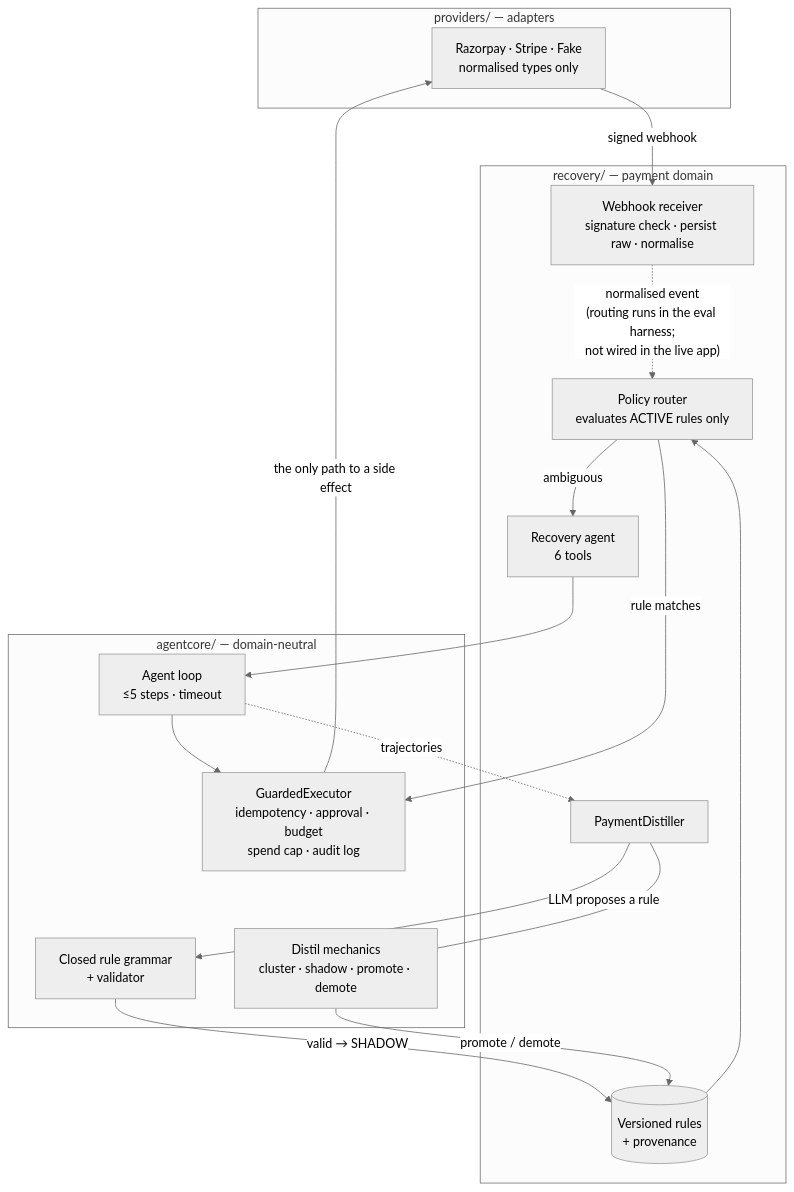
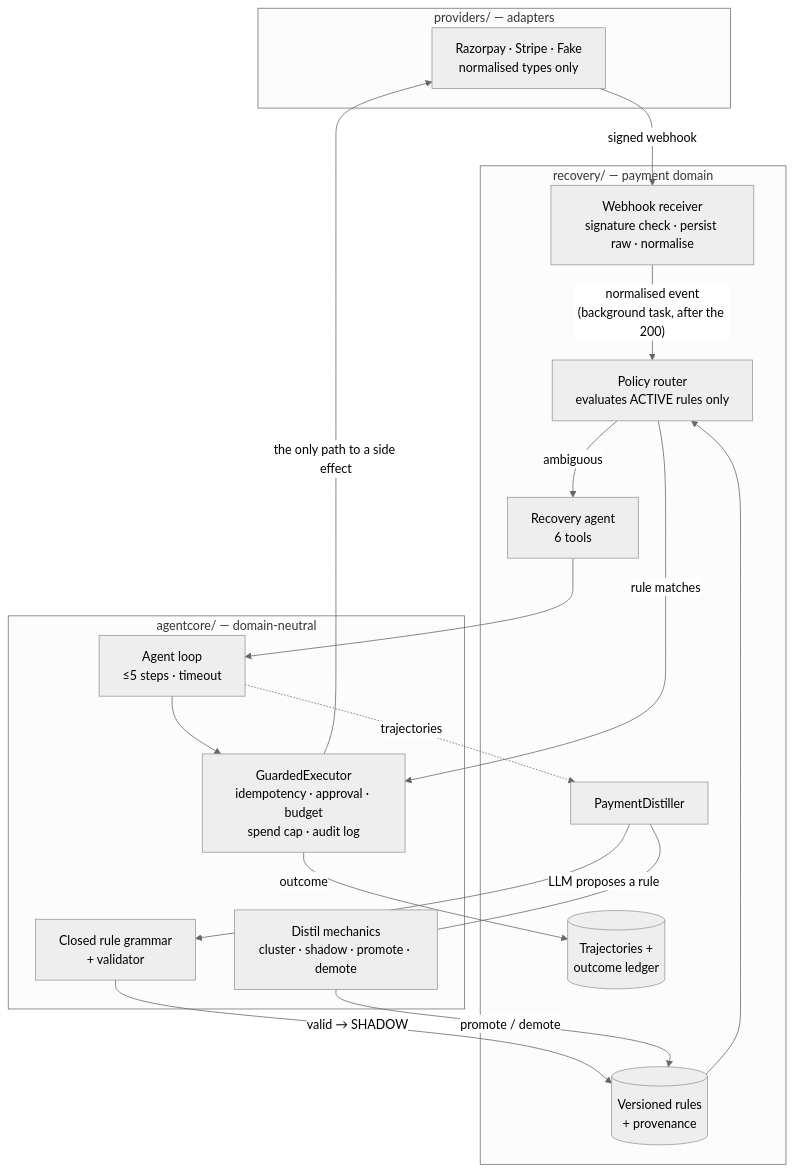
The diagram in README.md (vinith-bonila/self-distilling-payment-recovery-agent), drawn with Mermaid (neutral theme) before and after one commit. The commit also changed other lines of this file and 15 other files, not shown here.

````diff
--- a/README.md
+++ b/README.md
@@ -68,32 +68,34 @@
 ```mermaid
 flowchart TB
     subgraph P["providers/ — adapters"]
         AD["Razorpay · Stripe · Fake<br/>normalised types only"]
     end
     subgraph R["recovery/ — payment domain"]
         WH["Webhook receiver<br/>signature check · persist raw · normalise"]
         RT["Policy router<br/>evaluates ACTIVE rules only"]
         AG["Recovery agent<br/>6 tools"]
         DS["PaymentDistiller"]
         RS[("Versioned rules<br/>+ provenance")]
+        LG[("Trajectories +<br/>outcome ledger")]
     end
     subgraph C["agentcore/ — domain-neutral"]
         LOOP["Agent loop<br/>≤5 steps · timeout"]
         GX["GuardedExecutor<br/>idempotency · approval · budget<br/>spend cap · audit log"]
         GR["Closed rule grammar<br/>+ validator"]
         DM["Distil mechanics<br/>cluster · shadow · promote · demote"]
     end
 
     AD -->|signed webhook| WH
-    WH -.->|"normalised event<br/>(routing runs in the eval harness;<br/>not wired in the live app)"| RT
+    WH -->|"normalised event<br/>(background task, after the 200)"| RT
     RT -->|rule matches| GX
     RT -->|ambiguous| AG
     AG --> LOOP --> GX
     GX -->|the only path to a side effect| AD
+    GX -->|outcome| LG
     LOOP -.->|trajectories| DS
     DS -->|LLM proposes a rule| GR
     GR -->|valid → SHADOW| RS
     DS --- DM
     DM -->|promote / demote| RS
     RS --> RT
 ```
````
